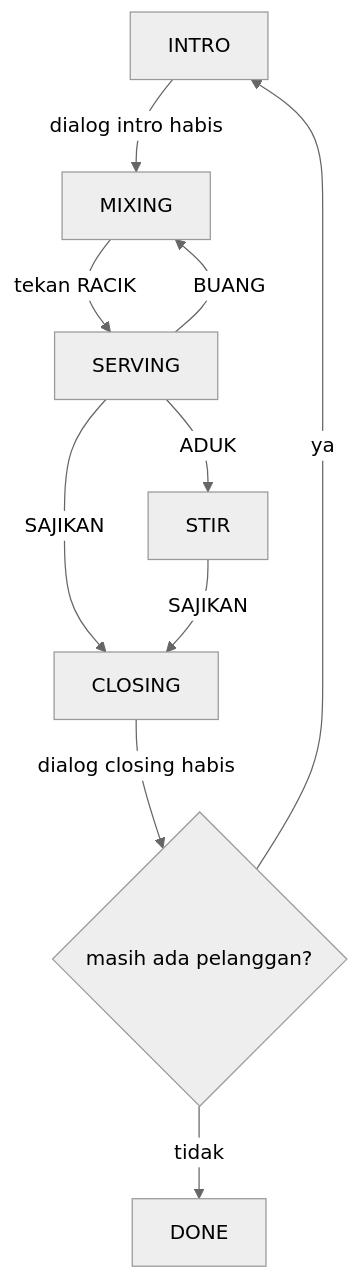
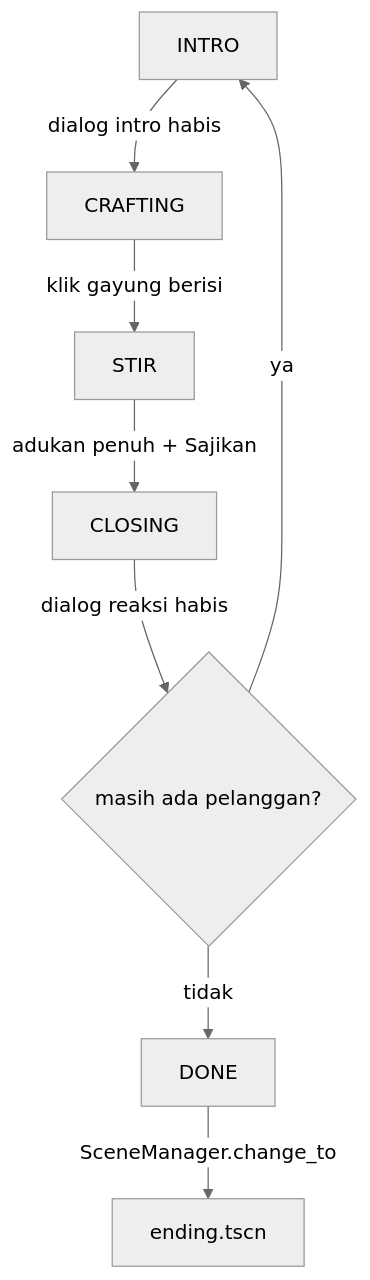
Before and after one commit to KenzArz/game-seed-project: the diagram in ARCHITECTURE.md, drawn with Mermaid (neutral theme). The commit also changed other lines of this file and 102 other files, not shown here.

Commit message:
feat: rombak mekanik meracik + core systems (scene, save, audio, ending)

````diff
--- a/ARCHITECTURE.md
+++ b/ARCHITECTURE.md
@@ -70,12 +74,10 @@
 ```mermaid
 flowchart TD
-    INTRO -->|dialog intro habis| MIXING
-    MIXING -->|tekan RACIK| SERVING
-    SERVING -->|BUANG| MIXING
-    SERVING -->|ADUK| STIR
-    SERVING -->|SAJIKAN| CLOSING
-    STIR -->|SAJIKAN| CLOSING
-    CLOSING -->|dialog closing habis| NEXT{masih ada pelanggan?}
+    INTRO -->|dialog intro habis| CRAFTING
+    CRAFTING -->|klik gayung berisi| STIR
+    STIR -->|adukan penuh + Sajikan| CLOSING
+    CLOSING -->|dialog reaksi habis| NEXT{masih ada pelanggan?}
     NEXT -->|ya| INTRO
     NEXT -->|tidak| DONE
+    DONE -->|SceneManager.change_to| ending.tscn
 ```
````
